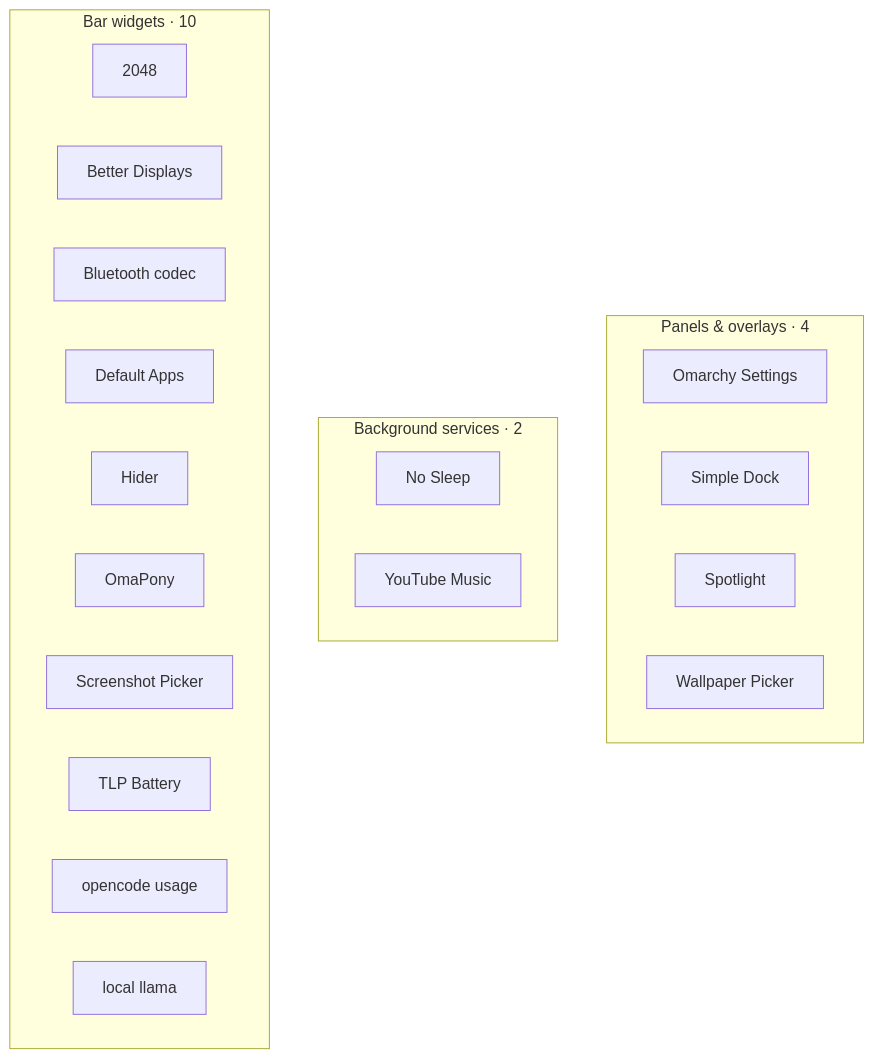
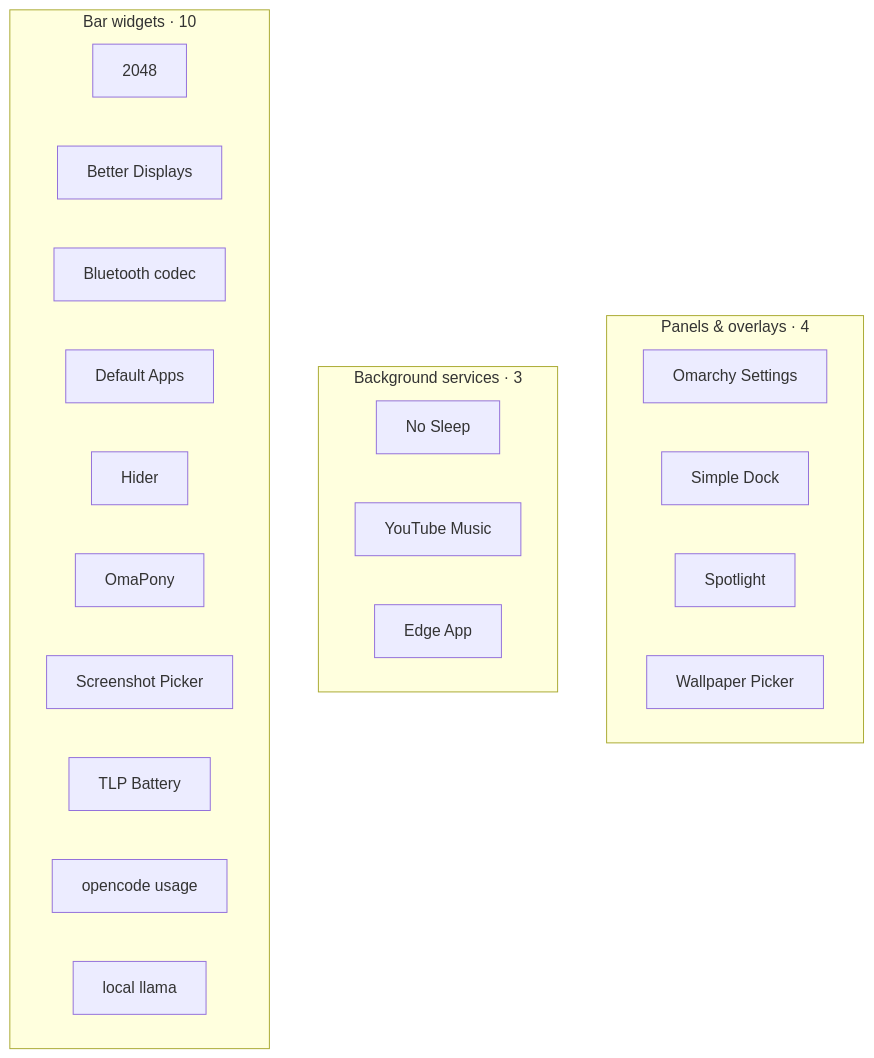
One commit to nightdevil00/Plugins changed the diagram in README.md. Above: the diagram before and after it, drawn with Mermaid. The commit also changed other lines of this file and 7 other files, not shown here.

Commit message:
mihai.edgeapp: edge bullet that slides one pinned app out

````diff
--- a/README.md
+++ b/README.md
@@ -12,25 +12,26 @@
 ```mermaid
 graph TB
   subgraph panels["Panels & overlays · 4"]
     custom_settings["Omarchy Settings"]
     simple_dock["Simple Dock"]
     mihai_spotlight["Spotlight"]
     mihai_picker["Wallpaper Picker"]
   end
-  subgraph services["Background services · 2"]
+  subgraph services["Background services · 3"]
     white_nights["No Sleep"]
     mihai_ytmusic["YouTube Music"]
+    mihai_edgeapp["Edge App"]
   end
   subgraph bar["Bar widgets · 10"]
     custom_2048["2048"]
     better_displays["Better Displays"]
     bt_codecs["Bluetooth codec"]
     setup_defaults["Default Apps"]
     plugin_hider["Hider"]
     yt_pony["OmaPony"]
     pick_screenshot["Screenshot Picker"]
     tlp_battery["TLP Battery"]
     mihai_opencode_usage["opencode usage"]
     mihai_llama["local llama"]
   end
 ```
````
